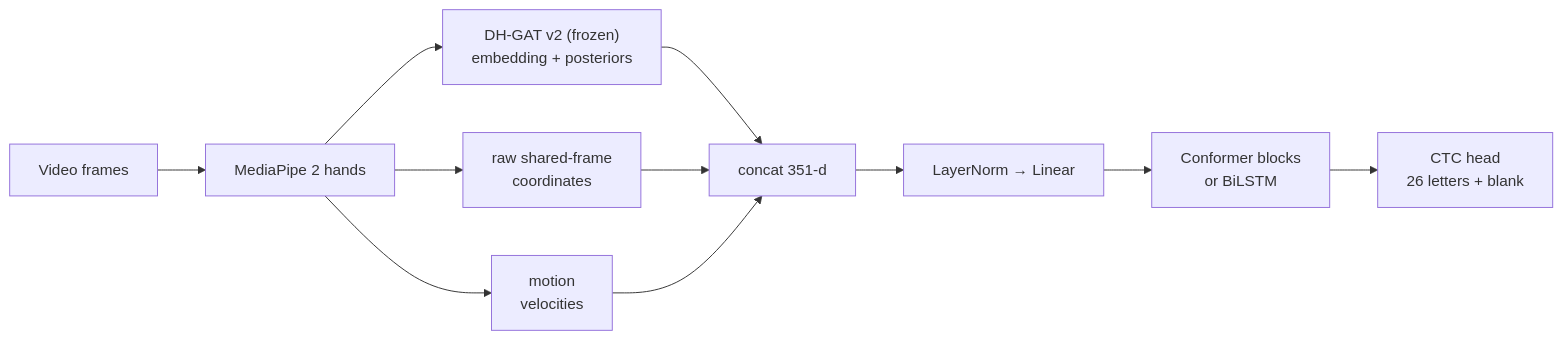
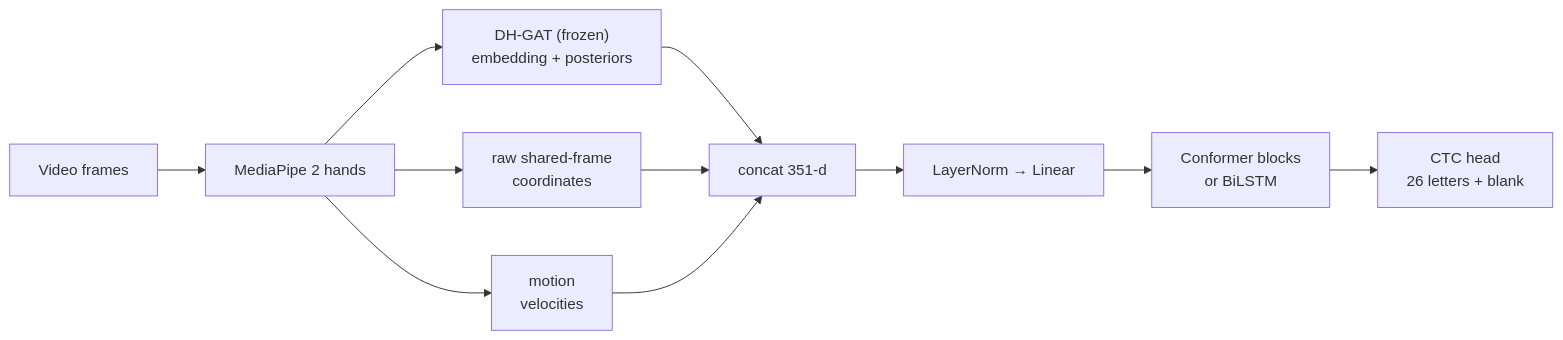
The diagram in docs-site/docs/continuous-recognition/features-and-models.md (BarnabaBobbili/ISL-Fingerspelling), drawn with Mermaid before and after one commit. The commit also changed other lines of this file and 142 other files, not shown here.

````diff
--- a/docs-site/docs/continuous-recognition/features-and-models.md
+++ b/docs-site/docs/continuous-recognition/features-and-models.md
@@ -23,13 +23,13 @@
 ```mermaid
 flowchart LR
     V[Video frames] --> T[MediaPipe 2 hands]
-    T --> S["DH-GAT v2 (frozen)<br/>embedding + posteriors"]
+    T --> S["DH-GAT (frozen)<br/>embedding + posteriors"]
     T --> R["raw shared-frame<br/>coordinates"]
     T --> M["motion<br/>velocities"]
     S --> C[concat 351-d]
     R --> C
     M --> C
     C --> N[LayerNorm → Linear]
     N --> E["Conformer blocks<br/>or BiLSTM"]
     E --> H["CTC head<br/>26 letters + blank"]
 ```
````
